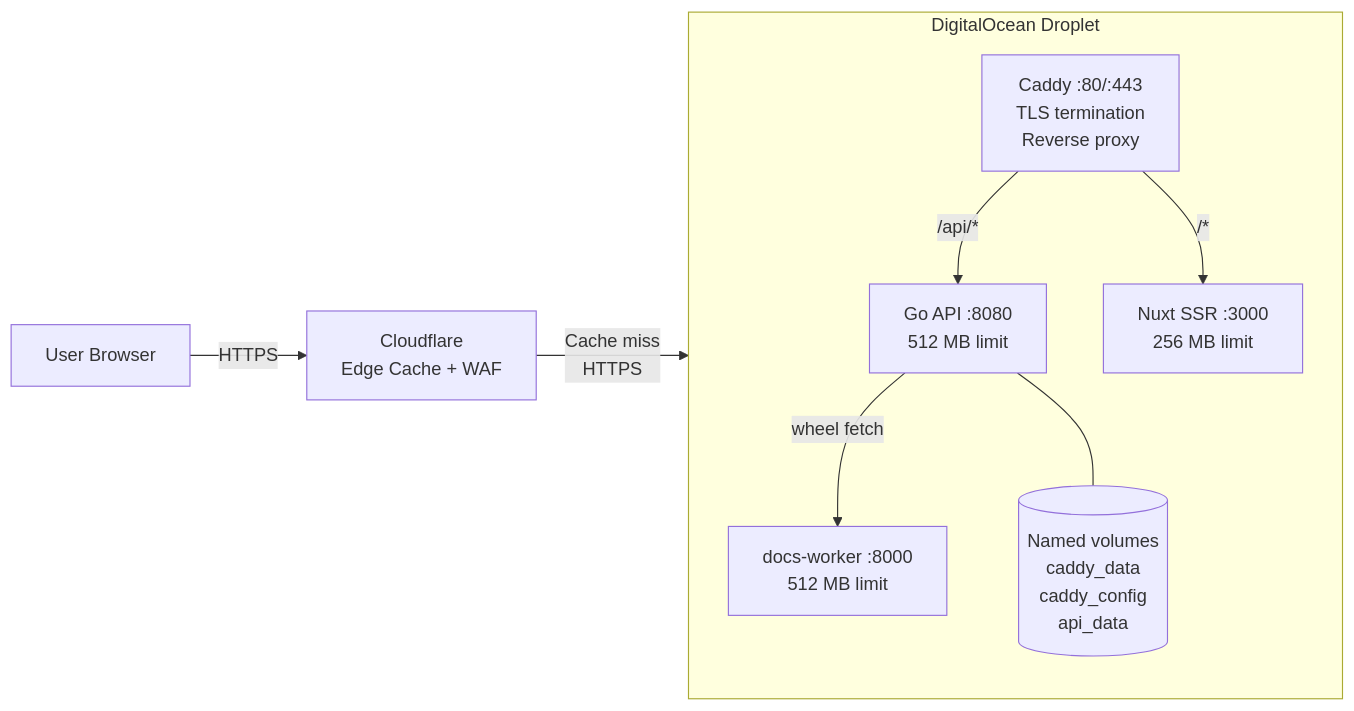
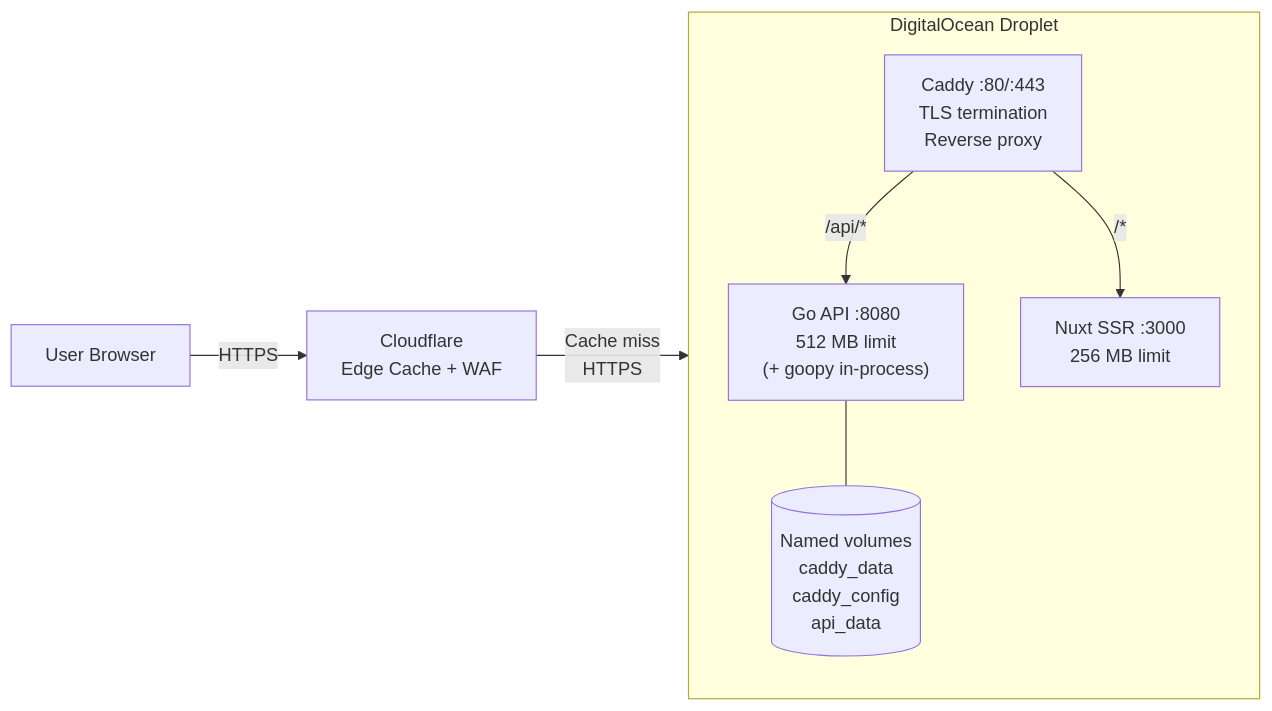
The diagram in docs/architecture/deployment.md (mattstrayer/pypx), drawn with Mermaid before and after one commit. The commit also changed other lines of this file and 4 other files, not shown here.

Commit message:
chore: update architecture docs to reflect goopy replacing docs-worker

````diff
--- a/docs/architecture/deployment.md
+++ b/docs/architecture/deployment.md
@@ -7,18 +7,16 @@
 ```mermaid
 graph LR
     User["User Browser"] -->|"HTTPS"| CF["Cloudflare\nEdge Cache + WAF"]
     CF -->|"Cache miss\nHTTPS"| DO["DigitalOcean Droplet"]
 
     subgraph DO["DigitalOcean Droplet"]
         Caddy["Caddy :80/:443\nTLS termination\nReverse proxy"]
-        API["Go API :8080\n512 MB limit"]
+        API["Go API :8080\n512 MB limit\n(+ goopy in-process)"]
         Nuxt["Nuxt SSR :3000\n256 MB limit"]
-        Worker["docs-worker :8000\n512 MB limit"]
         Vol[("Named volumes\ncaddy_data\ncaddy_config\napi_data")]
 
         Caddy -->|"/api/*"| API
         Caddy -->|"/*"| Nuxt
-        API -->|"wheel fetch"| Worker
         API --- Vol
     end
 ```
````
